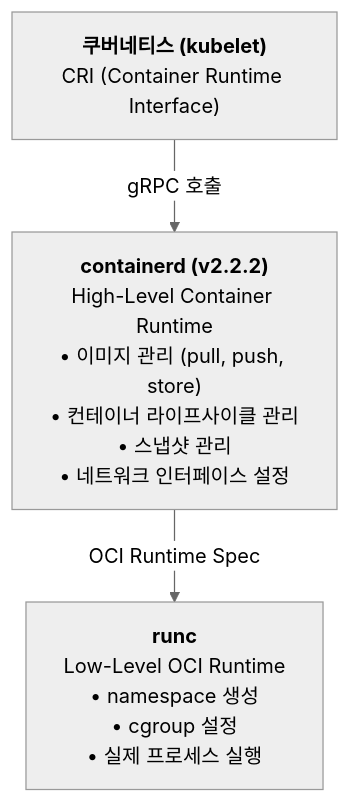
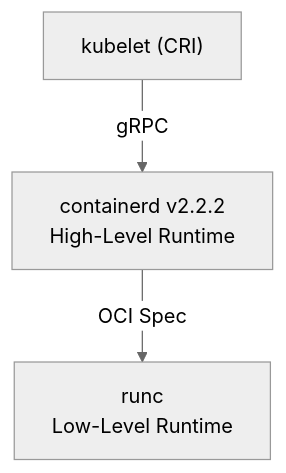
Before and after one commit to garlicKim21/kubernetes-onprem-training: the second of 4 diagrams in day1/ch01-container-overview/README.md, drawn with Mermaid (neutral theme). The commit also changed other lines of this file and 6 other files, not shown here.

````diff
--- a/day1/ch01-container-overview/README.md
+++ b/day1/ch01-container-overview/README.md
@@ -63,6 +63,6 @@
 ```mermaid
 graph TD
-    kubelet["<b>쿠버네티스 (kubelet)</b><br/>CRI (Container Runtime Interface)"]
-    kubelet -- "gRPC 호출" --> containerd["<b>containerd (v2.2.2)</b><br/>High-Level Container Runtime<br/>• 이미지 관리 (pull, push, store)<br/>• 컨테이너 라이프사이클 관리<br/>• 스냅샷 관리<br/>• 네트워크 인터페이스 설정"]
-    containerd -- "OCI Runtime Spec" --> runc["<b>runc</b><br/>Low-Level OCI Runtime<br/>• namespace 생성<br/>• cgroup 설정<br/>• 실제 프로세스 실행"]
+    kubelet["kubelet (CRI)"]
+    kubelet -- "gRPC" --> containerd["containerd v2.2.2<br/>High-Level Runtime"]
+    containerd -- "OCI Spec" --> runc["runc<br/>Low-Level Runtime"]
 ```
````
